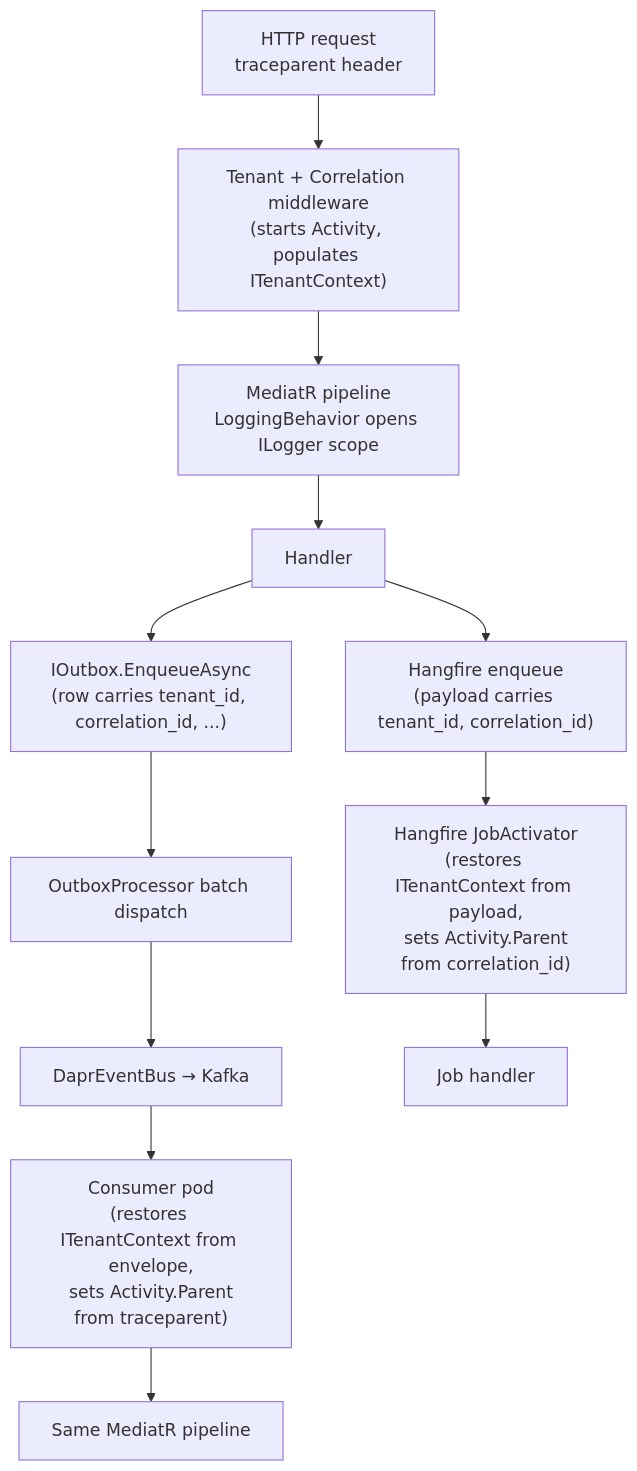
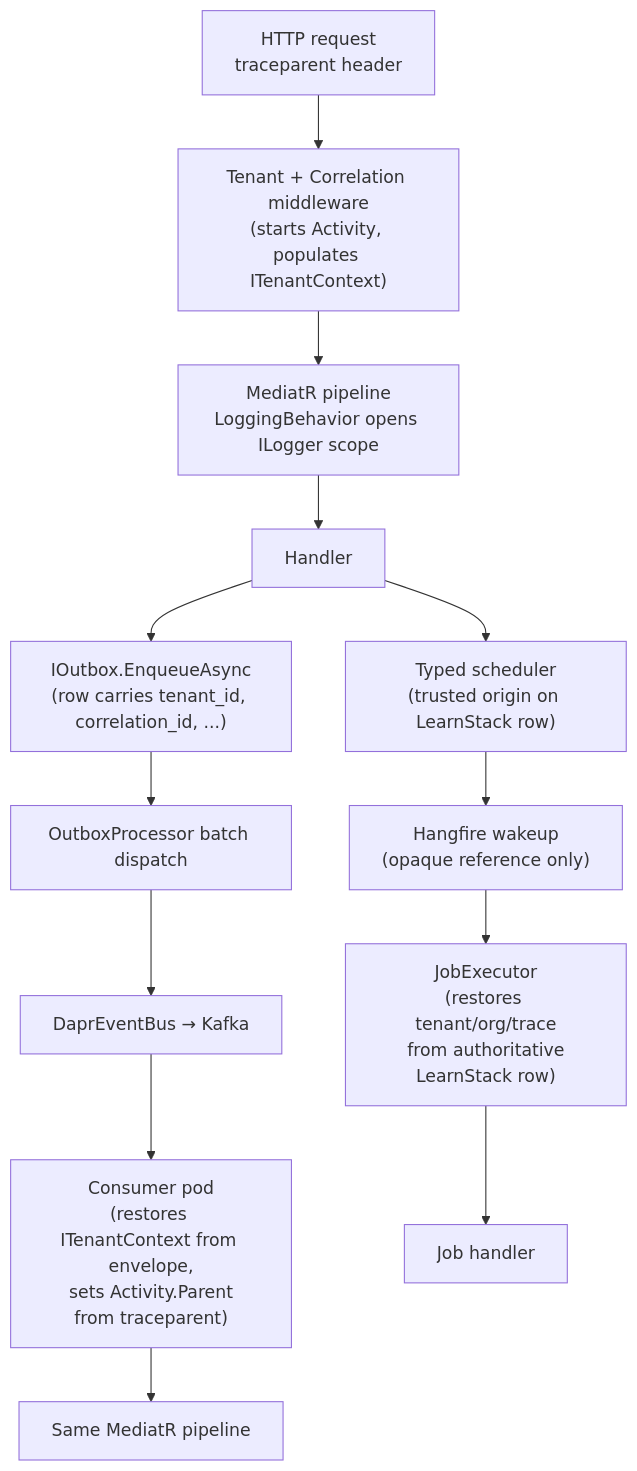
Before and after one commit to HodeTech/LearnStack: the sixth of 7 diagrams in docs/architecture/33-cross-cutting-concerns.md, drawn with Mermaid. The commit also changed other lines of this file and 713 other files, not shown here.

````diff
--- a/docs/architecture/33-cross-cutting-concerns.md
+++ b/docs/architecture/33-cross-cutting-concerns.md
@@ -439,14 +439,15 @@
 ```mermaid
 flowchart TD
   http["HTTP request<br/>traceparent header"] --> mw["Tenant + Correlation middleware<br/>(starts Activity, populates ITenantContext)"]
   mw --> pipeline["MediatR pipeline<br/>LoggingBehavior opens ILogger scope"]
   pipeline --> handler[Handler]
   handler --> outbox["IOutbox.EnqueueAsync<br/>(row carries tenant_id, correlation_id, ...)"]
-  handler --> hangfire["Hangfire enqueue<br/>(payload carries tenant_id, correlation_id)"]
+  handler --> jobs["Typed scheduler<br/>(trusted origin on LearnStack row)"]
+  jobs --> hangfire["Hangfire wakeup<br/>(opaque reference only)"]
   outbox --> processor["OutboxProcessor batch dispatch"]
   processor --> dapr["DaprEventBus → Kafka"]
   dapr --> consumer["Consumer pod<br/>(restores ITenantContext from envelope,<br/> sets Activity.Parent from traceparent)"]
-  hangfire --> activator["Hangfire JobActivator<br/>(restores ITenantContext from payload,<br/> sets Activity.Parent from correlation_id)"]
+  hangfire --> executor["JobExecutor<br/>(restores tenant/org/trace<br/> from authoritative LearnStack row)"]
   consumer --> consumerPipeline["Same MediatR pipeline"]
-  activator --> jobHandler["Job handler"]
+  executor --> jobHandler["Job handler"]
 ```
````
